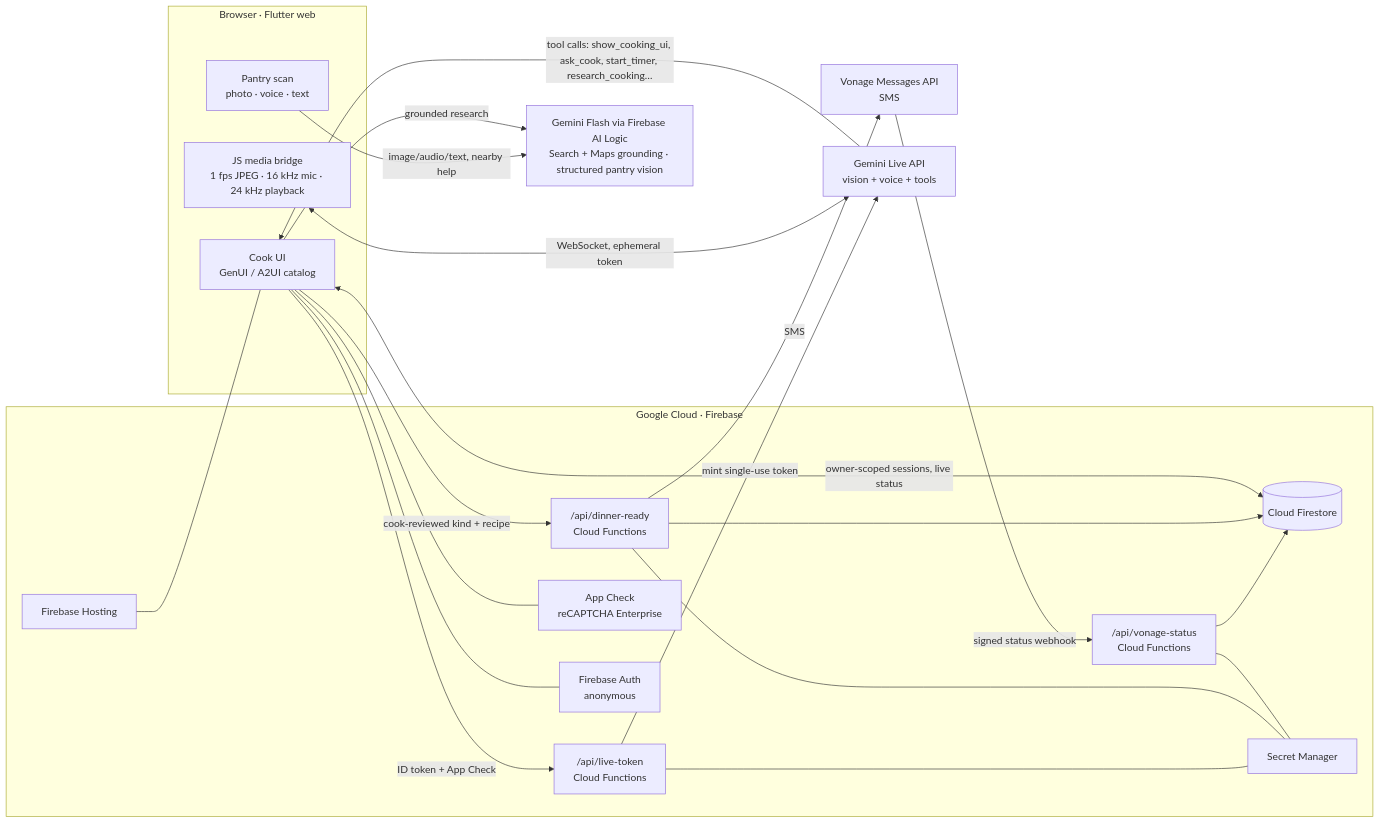
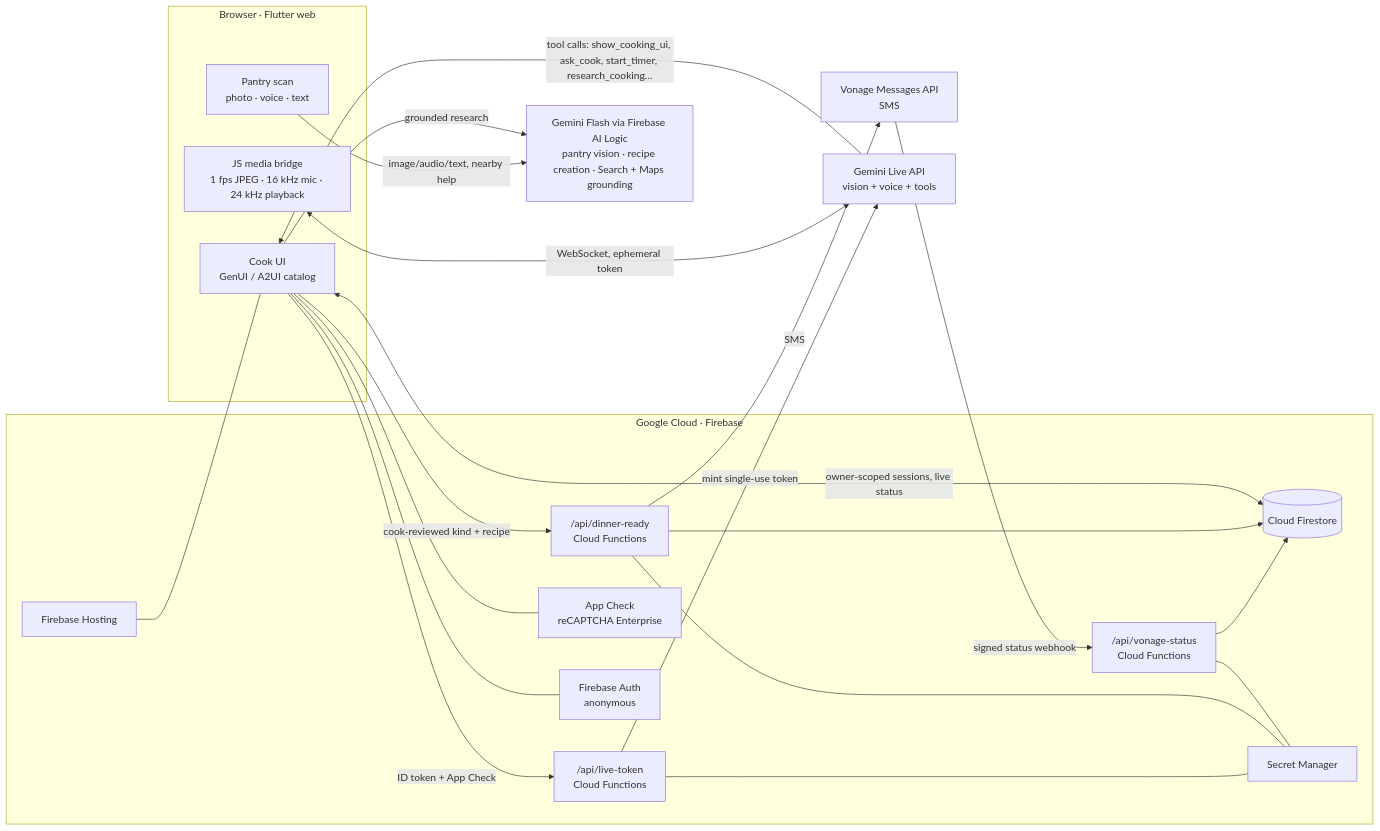
Before and after one commit to terryhh/SousSight: the diagram in README.md, drawn with Mermaid. The commit also changed other lines of this file and 3 other files, not shown here.

````diff
--- a/README.md
+++ b/README.md
@@ -21,37 +22,37 @@
 ```mermaid
 flowchart LR
   subgraph Browser["Browser · Flutter web"]
     UI["Cook UI<br/>GenUI / A2UI catalog"]
     Pantry["Pantry scan<br/>photo · voice · text"]
     Bridge["JS media bridge<br/>1 fps JPEG · 16 kHz mic · 24 kHz playback"]
   end
   subgraph Google["Google Cloud · Firebase"]
     Hosting["Firebase Hosting"]
     Token["/api/live-token<br/>Cloud Functions"]
     Dinner["/api/dinner-ready<br/>Cloud Functions"]
     Status["/api/vonage-status<br/>Cloud Functions"]
     FS[("Cloud Firestore")]
     SM["Secret Manager"]
     AC["App Check<br/>reCAPTCHA Enterprise"]
     Auth["Firebase Auth<br/>anonymous"]
   end
   Live["Gemini Live API<br/>vision + voice + tools"]
-  Flash["Gemini Flash via Firebase AI Logic<br/>Search + Maps grounding · structured pantry vision"]
+  Flash["Gemini Flash via Firebase AI Logic<br/>pantry vision · recipe creation · Search + Maps grounding"]
   Vonage["Vonage Messages API<br/>SMS"]
 
   Pantry -->|image/audio/text, nearby help| Flash
   UI -->|grounded research| Flash
   Bridge <-->|WebSocket, ephemeral token| Live
   Live -->|tool calls: show_cooking_ui, ask_cook, start_timer, research_cooking…| UI
   UI -->|ID token + App Check| Token
   Token -->|mint single-use token| Live
   UI -->|cook-reviewed kind + recipe| Dinner
   Dinner -->|SMS| Vonage
   Vonage -->|signed status webhook| Status
   Status --> FS
   Dinner --> FS
   UI <-->|owner-scoped sessions, live status| FS
   Token & Dinner & Status --- SM
   UI --- AC & Auth
   Hosting --- UI
 ```
````
